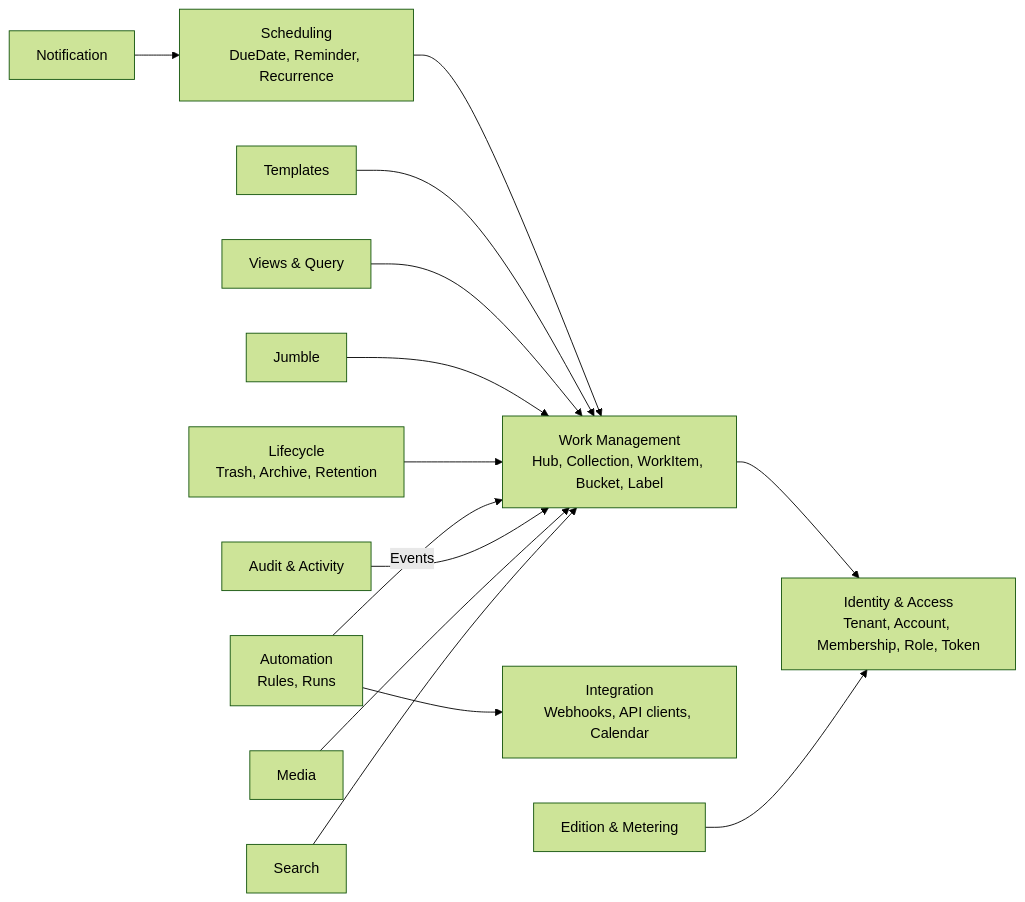
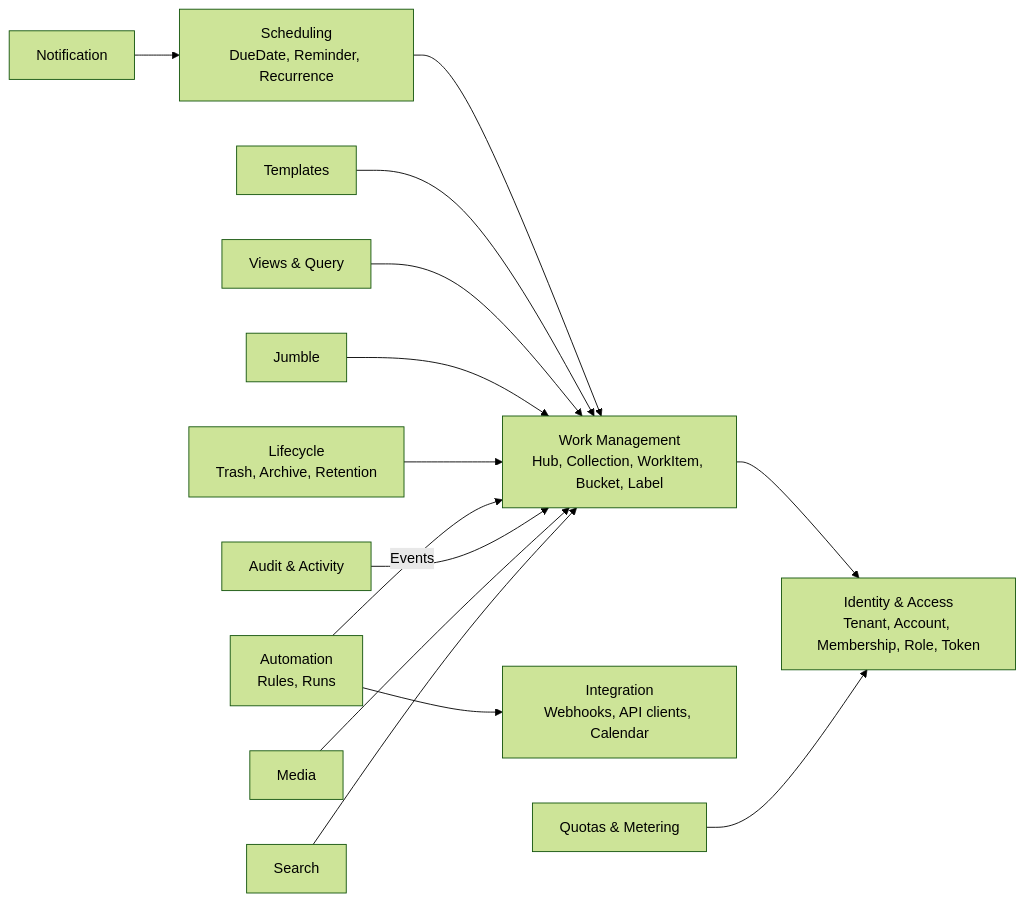
One commit to Jersyfi/hubtask changed the third of 7 diagrams in docs/architecture/arc42.md. Above: the diagram before and after it, drawn with Mermaid (forest theme). The commit also changed other lines of this file and 2406 other files, not shown here.

````diff
--- a/docs/architecture/arc42.md
+++ b/docs/architecture/arc42.md
@@ -322,31 +322,31 @@
 ```mermaid
 graph LR
   IAM[Identity & Access<br/>Tenant, Account, Membership, Role, Token]
   WORK[Work Management<br/>Hub, Collection, WorkItem, Bucket, Label]
   SCHED[Scheduling<br/>DueDate, Reminder, Recurrence]
   TPL[Templates]
   VIEW[Views & Query]
   JUM[Jumble]
   LIFE[Lifecycle<br/>Trash, Archive, Retention]
   AUTOM[Automation<br/>Rules, Runs]
   INTEG[Integration<br/>Webhooks, API clients, Calendar]
   NOTIF[Notification]
   AUD[Audit & Activity]
   FILES[Media]
   SEARCH[Search]
-  LIC[Edition & Metering]
+  LIC[Quotas & Metering]
 
   WORK --> IAM
   SCHED --> WORK
   TPL --> WORK
   VIEW --> WORK
   JUM --> WORK
   LIFE --> WORK
   AUTOM -->|Events| WORK
   AUTOM --> INTEG
   NOTIF --> SCHED
   AUD --> WORK
   FILES --> WORK
   SEARCH --> WORK
   LIC --> IAM
 ```
````
